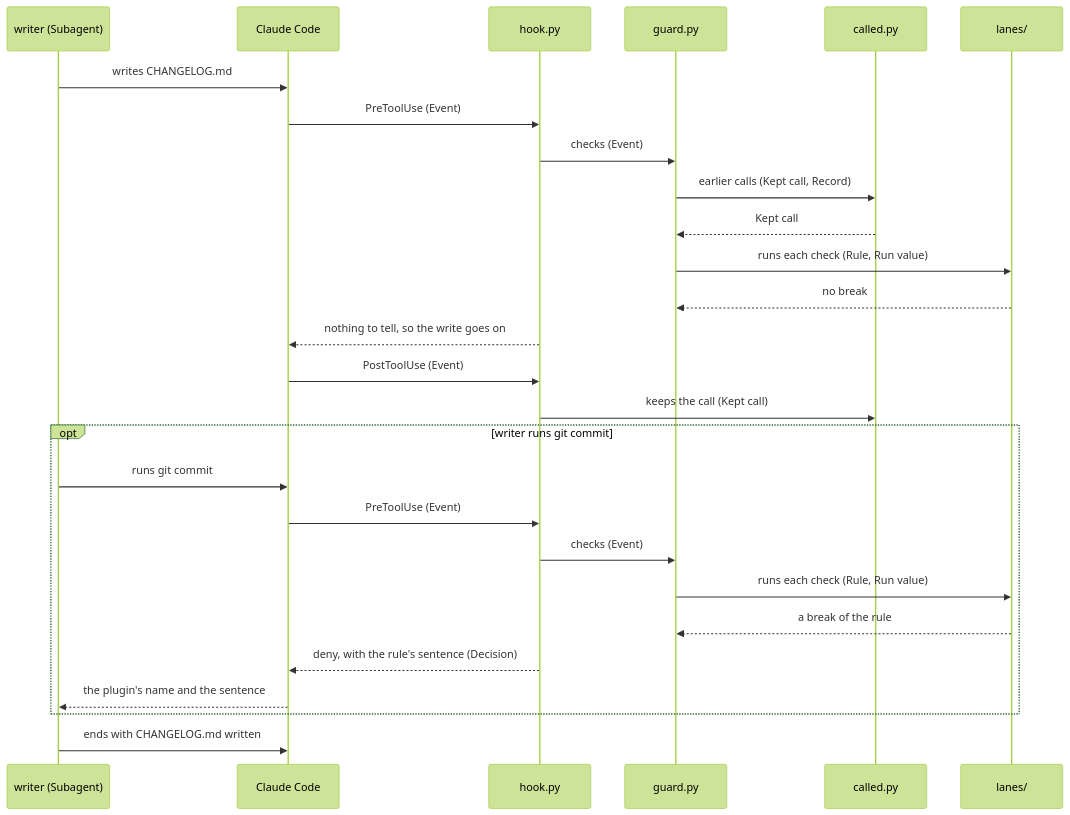
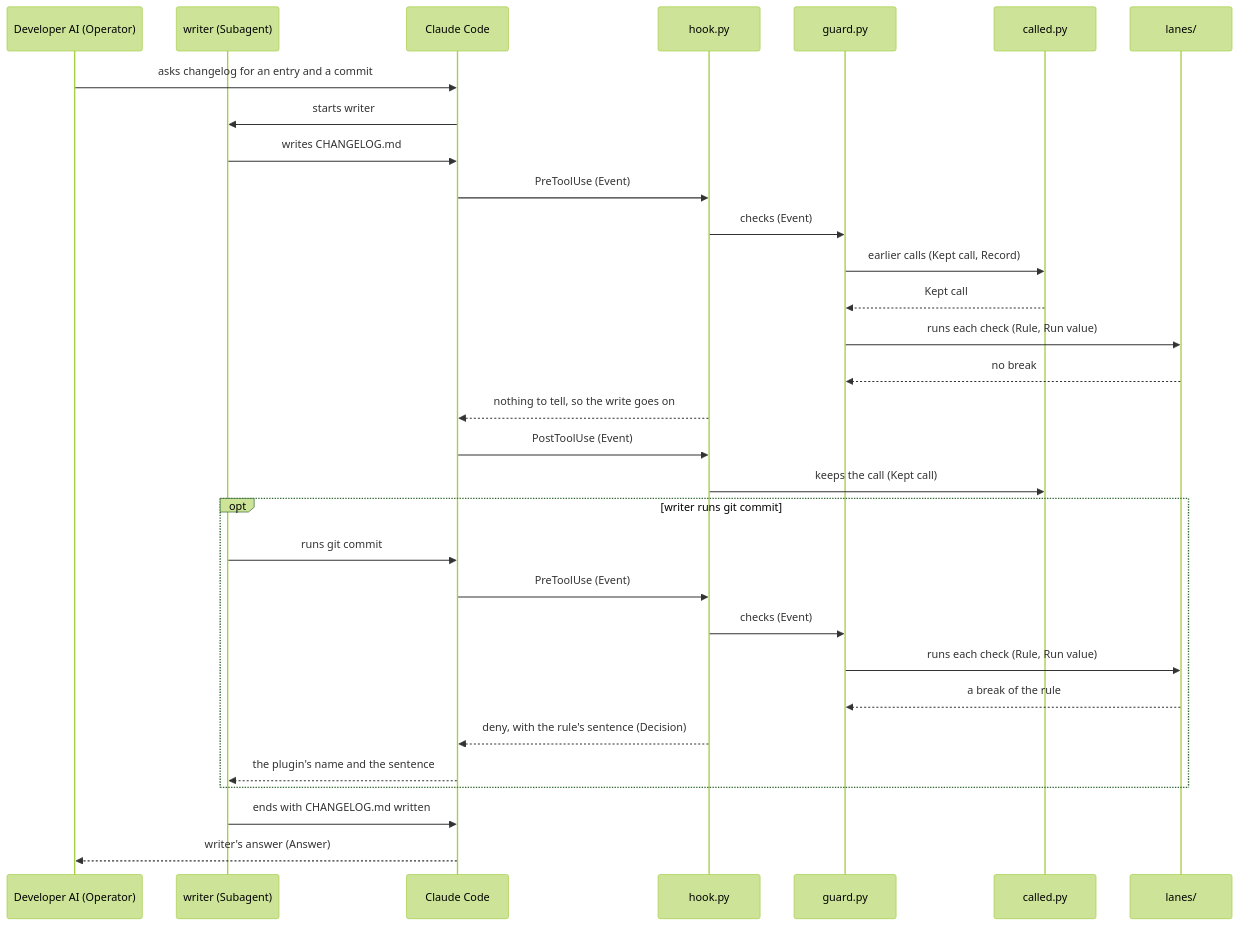
The third of 4 diagrams in dev/lane/architecture.md (lovaizu/ccpm), drawn with Mermaid (forest theme) before and after one commit. The commit also changed other lines of this file and 3 other files, not shown here.

````diff
--- a/dev/lane/architecture.md
+++ b/dev/lane/architecture.md
@@ -168,29 +175,33 @@
 ```mermaid
 sequenceDiagram
+  participant OP as Developer AI (Operator)
   participant SA as writer (Subagent)
   participant CC as Claude Code
   participant H as hook.py
   participant G as guard.py
   participant C as called.py
   participant LN as lanes/
+  OP->>CC: asks changelog for an entry and a commit
+  CC->>SA: starts writer
   SA->>CC: writes CHANGELOG.md
   CC->>H: PreToolUse (Event)
   H->>G: checks (Event)
   G->>C: earlier calls (Kept call, Record)
   C-->>G: Kept call
   G->>LN: runs each check (Rule, Run value)
   LN-->>G: no break
   H-->>CC: nothing to tell, so the write goes on
   CC->>H: PostToolUse (Event)
   H->>C: keeps the call (Kept call)
   opt writer runs git commit
     SA->>CC: runs git commit
     CC->>H: PreToolUse (Event)
     H->>G: checks (Event)
     G->>LN: runs each check (Rule, Run value)
     LN-->>G: a break of the rule
     H-->>CC: deny, with the rule's sentence (Decision)
     CC-->>SA: the plugin's name and the sentence
   end
   SA->>CC: ends with CHANGELOG.md written
+  CC-->>OP: writer's answer (Answer)
 ```
````
